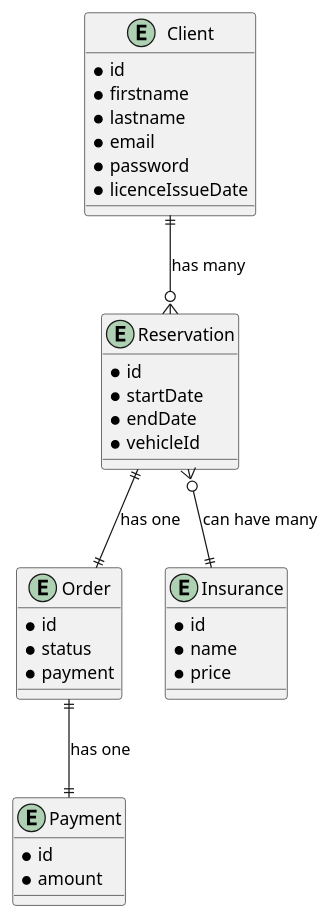
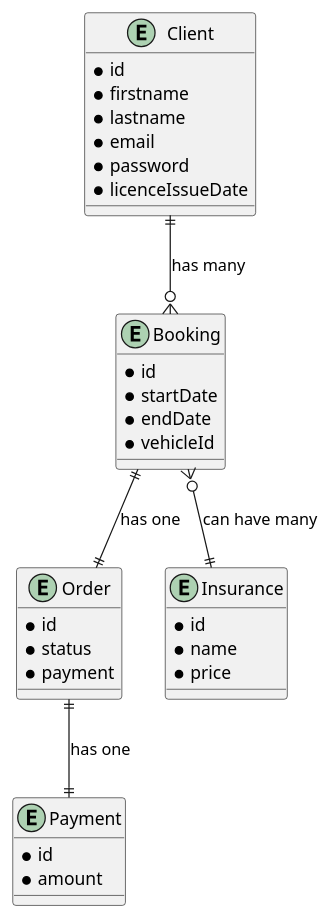
Before and after one commit to Ulexic/LocaDrive: the diagram in diagram.puml, drawn with PlantUML.

```diff
--- a/diagram.puml
+++ b/diagram.puml
@@ -1,39 +1,39 @@
 @startuml
 entity "Client" {
 * id
 * firstname
 * lastname
 * email
 * password
 * licenceIssueDate
 }
 
-entity "Reservation" {
+entity "Booking" {
 * id
 * startDate
 * endDate
 * vehicleId
 }
 
 entity "Order" {
 * id
 * status
 * payment
 }
 
 entity "Payment" {
 * id
 * amount
 }
 
 entity "Insurance" {
 * id
 * name
 * price
 }
 
-Client ||--o{ Reservation : "has many"
-Reservation ||--|| Order : "has one"
+Client ||--o{ Booking : "has many"
+Booking ||--|| Order : "has one"
 Order ||--|| Payment : "has one"
-Reservation }o--|| Insurance : "can have many"
+Booking }o--|| Insurance : "can have many"
 @enduml
```
